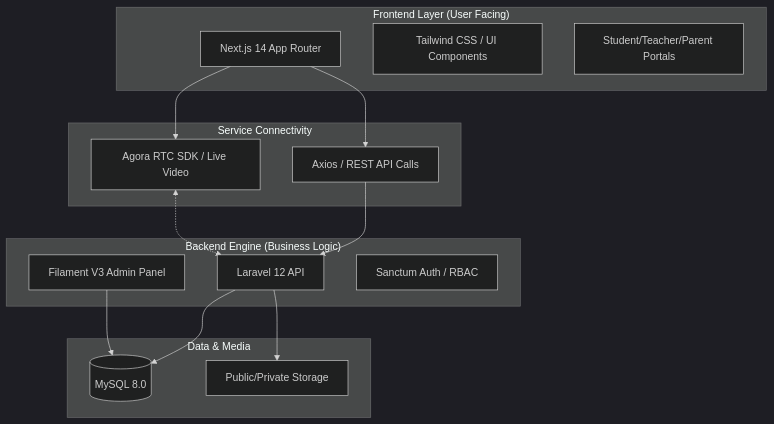
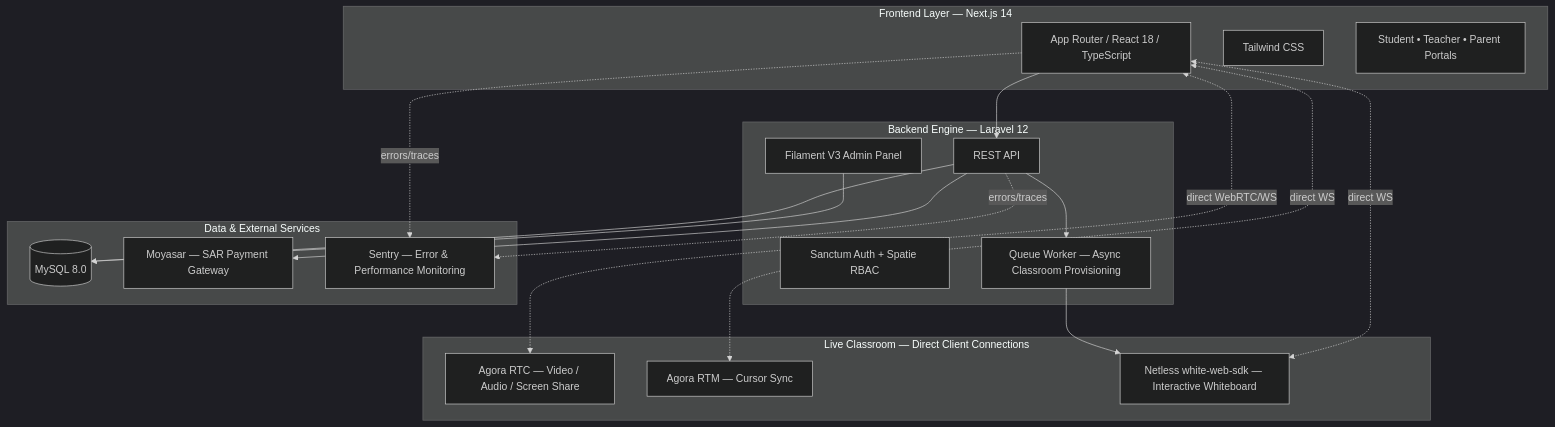
One commit to Ammar-1993/Taj-Platform changed the diagram in README.md. Above: the diagram before and after it, drawn with Mermaid (dark theme). The commit also changed other lines of this file, not shown here.

Commit message:
docs: update README with architectural details, platform features, and service integrations

````diff
--- a/README.md
+++ b/README.md
@@ -49,33 +52,39 @@
 ```mermaid
 graph TD
-    subgraph "Frontend Layer (User Facing)"
-        NJ[Next.js 14 App Router]
-        TW[Tailwind CSS / UI Components]
-        SC[Student/Teacher/Parent Portals]
+    subgraph "Frontend Layer — Next.js 14"
+        NJ[App Router / React 18 / TypeScript]
+        TW[Tailwind CSS]
+        PORTALS[Student • Teacher • Parent Portals]
     end
 
-    subgraph "Service Connectivity"
-        AX[Axios / REST API Calls]
-        AG[Agora RTC SDK / Live Video]
+    subgraph "Live Classroom — Direct Client Connections"
+        AGRTC[Agora RTC — Video / Audio / Screen Share]
+        AGRTM[Agora RTM — Cursor Sync]
+        NETLESS[Netless white-web-sdk — Interactive Whiteboard]
     end
 
-    subgraph "Backend Engine (Business Logic)"
-        LV[Laravel 12 API]
+    subgraph "Backend Engine — Laravel 12"
+        API[REST API]
         FL[Filament V3 Admin Panel]
-        SM[Sanctum Auth / RBAC]
+        SM[Sanctum Auth + Spatie RBAC]
+        QUEUE[Queue Worker — Async Classroom Provisioning]
     end
 
-    subgraph "Data & Media"
+    subgraph "Data & External Services"
         DB[(MySQL 8.0)]
-        ST[Public/Private Storage]
+        MOYASAR[Moyasar — SAR Payment Gateway]
+        SENTRY[Sentry — Error & Performance Monitoring]
     end
 
-    %% Flow Connections
-    NJ --> AX
-    AX --> LV
-    NJ --> AG
-    AG <-.-> LV
-    LV --> DB
-    LV --> ST
+    NJ --> API
+    API --> DB
+    API --> QUEUE
+    QUEUE --> NETLESS
+    API --> MOYASAR
+    NJ <-.direct WebRTC/WS.-> AGRTC
+    NJ <-.direct WS.-> AGRTM
+    NJ <-.direct WS.-> NETLESS
     FL --> DB
+    API -.errors/traces.-> SENTRY
+    NJ -.errors/traces.-> SENTRY
 ```
````
